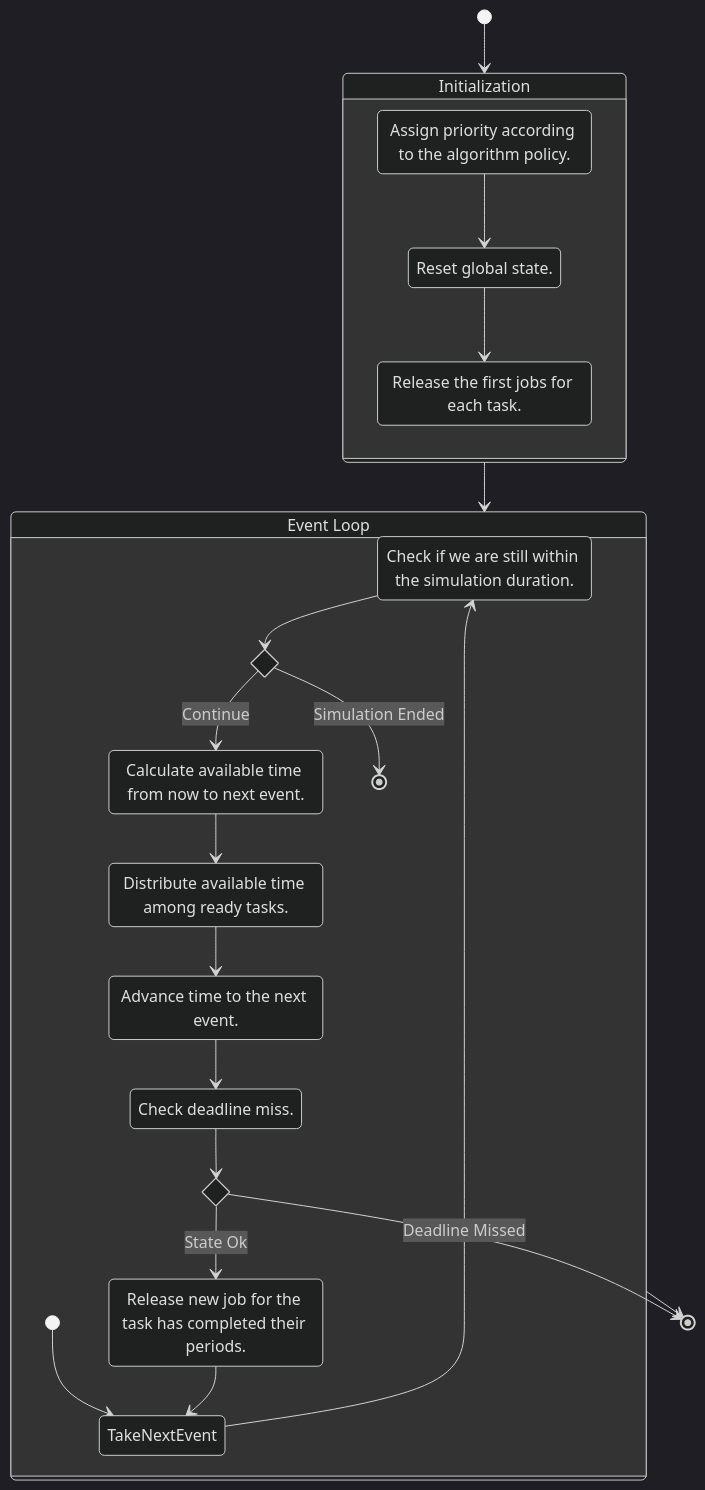
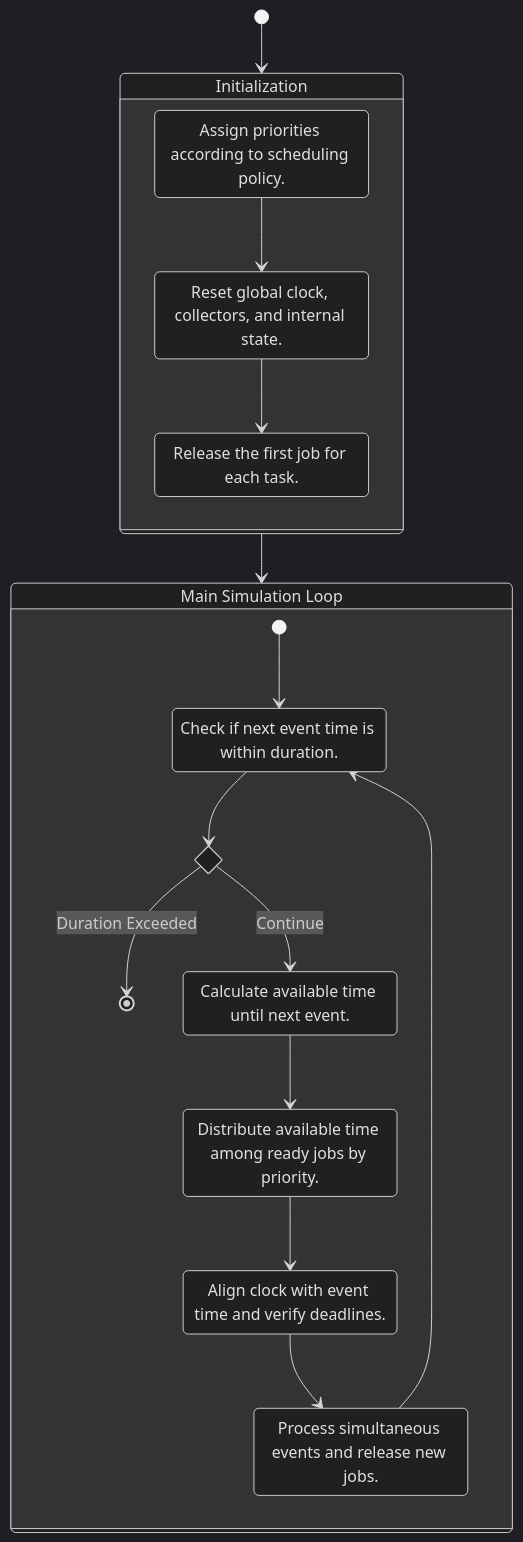
Before and after one commit to edoardosarri24/probabilistic-soft-real-time-analysis: the diagram in report/images/1-simulator/activity_diagram.mmd, drawn with Mermaid (dark theme). The commit also changed 2 other files, not shown here.

Commit message:
activity diagram and documentation

```diff
--- a/report/images/1-simulator/activity_diagram.mmd
+++ b/report/images/1-simulator/activity_diagram.mmd
@@ -1,38 +1,31 @@
 stateDiagram-v2
     [*] --> Initialization
 
     state Initialization {
-        AssingPiority: Assign priority according to the algorithm policy.
-        ResetSystem: Reset global state.
-        ReleaseFirstJobs: Release the first jobs for each task.
-        AssingPiority --> ResetSystem
-        ResetSystem --> ReleaseFirstJobs
+        PriorityAssignment: Assign priorities according to scheduling policy.
+        StateReset: Reset global clock, collectors, and internal state.
+        Bootstrapping: Release the first job for each task.
+        PriorityAssignment --> StateReset
+        StateReset --> Bootstrapping
     }
 
-    state "Event Loop" as EventLoop {
+    state "Main Simulation Loop" as MainLoop {
+        CheckDuration: Check if next event time is within duration.
+        state DurationCheck <<choice>>
 
-        CheckNextEventTime : Check if we are still within the simulation duration.
-        state NextEventTimeCheck <<choice>>
-        AvailableTime: Calculate available time from now to next event.
-        DistributeTime: Distribute available time among ready tasks.
-        AdvaceTime : Advance time to the next event.
-        CheckDeadline : Check deadline miss.
-        state DeadlineCheck <<choice>>
-        ReleaseJob : Release new job for the task has completed their periods.
+        CalculateInterval: Calculate available time until next event.
+        DistributeLoad: Distribute available time among ready jobs by priority.
+        Synchronization: Align clock with event time and verify deadlines.
+        EventHandling: Process simultaneous events and release new jobs.
 
-        [*] --> TakeNextEvent
-        TakeNextEvent --> CheckNextEventTime
-        CheckNextEventTime --> NextEventTimeCheck
-        NextEventTimeCheck --> [*] : Simulation Ended
-        NextEventTimeCheck --> AvailableTime : Continue
-        AvailableTime --> DistributeTime
-        DistributeTime --> AdvaceTime
-        AdvaceTime --> CheckDeadline
-        CheckDeadline --> DeadlineCheck
-        DeadlineCheck --> ReleaseJob : State Ok
-        ReleaseJob --> TakeNextEvent
+        [*] --> CheckDuration
+        CheckDuration --> DurationCheck
+        DurationCheck --> [*] : Duration Exceeded
+        DurationCheck --> CalculateInterval : Continue
+        CalculateInterval --> DistributeLoad
+        DistributeLoad --> Synchronization
+        Synchronization --> EventHandling
+        EventHandling --> CheckDuration
     }
 
-    Initialization --> EventLoop
-    DeadlineCheck --> [*] : Deadline Missed
-    EventLoop --> [*]
+    Initialization --> MainLoop
```
